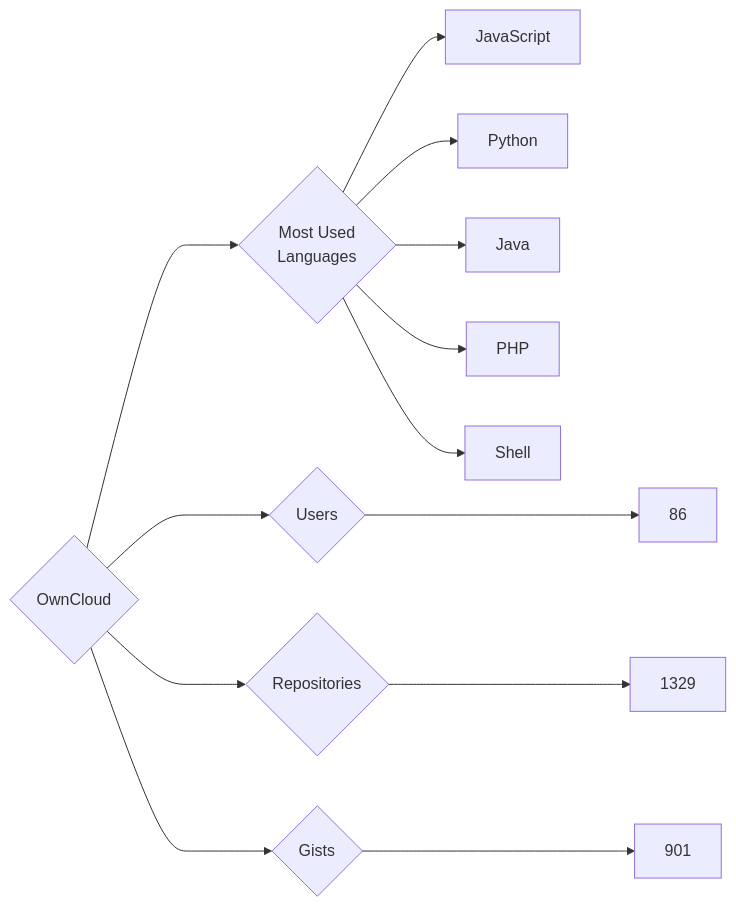
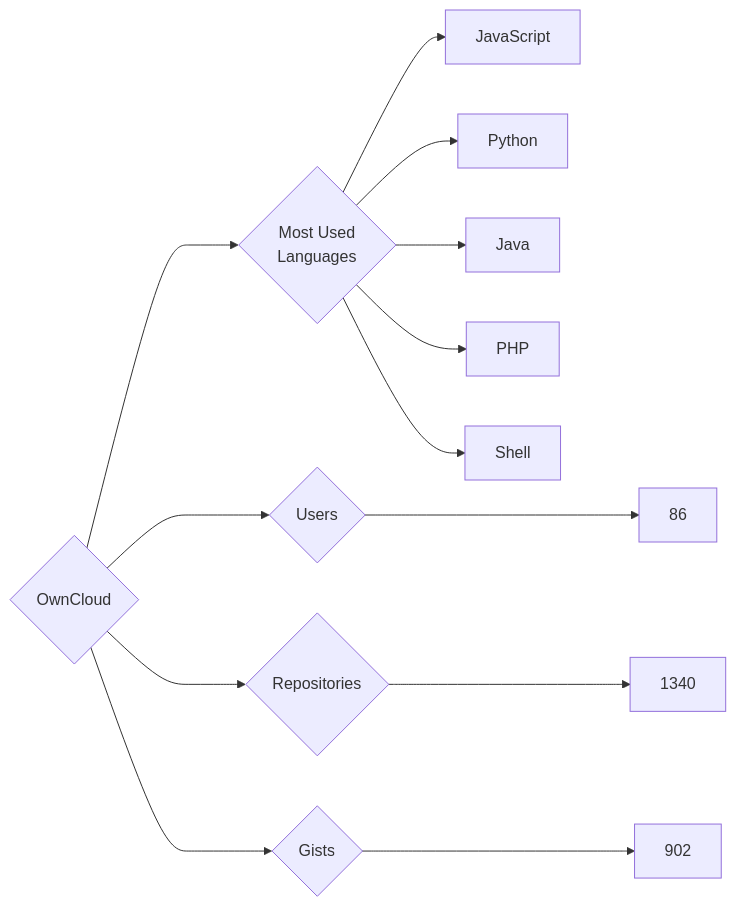
One commit to trickest/insiders changed the diagram in targets/OwnCloud/README.md. Above: the diagram before and after it, drawn with Mermaid. The commit also changed 870 other files, not shown here.

````diff
--- a/targets/OwnCloud/README.md
+++ b/targets/OwnCloud/README.md
@@ -3,13 +3,13 @@
 ```mermaid
 graph LR
 COMPANY_NAME{OwnCloud}
 COMPANY_NAME ---> U{Users} ---> UN[86]
-COMPANY_NAME ---> R{Repositories} ---> RN[1329]
-COMPANY_NAME ---> G{Gists} ---> GN[901]
+COMPANY_NAME ---> R{Repositories} ---> RN[1340]
+COMPANY_NAME ---> G{Gists} ---> GN[902]
 COMPANY_NAME ---> ML{Most Used<br>Languages}
 ML --> JavaScript[JavaScript]
 ML --> Python[Python]
 ML --> Java[Java]
 ML --> PHP[PHP]
 ML --> Shell[Shell]
 ```
````
